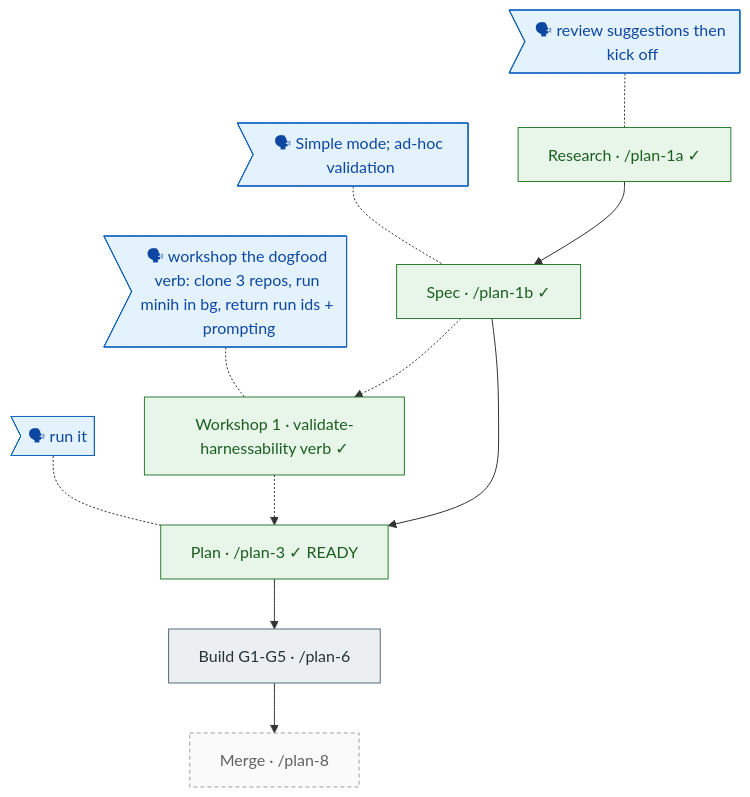
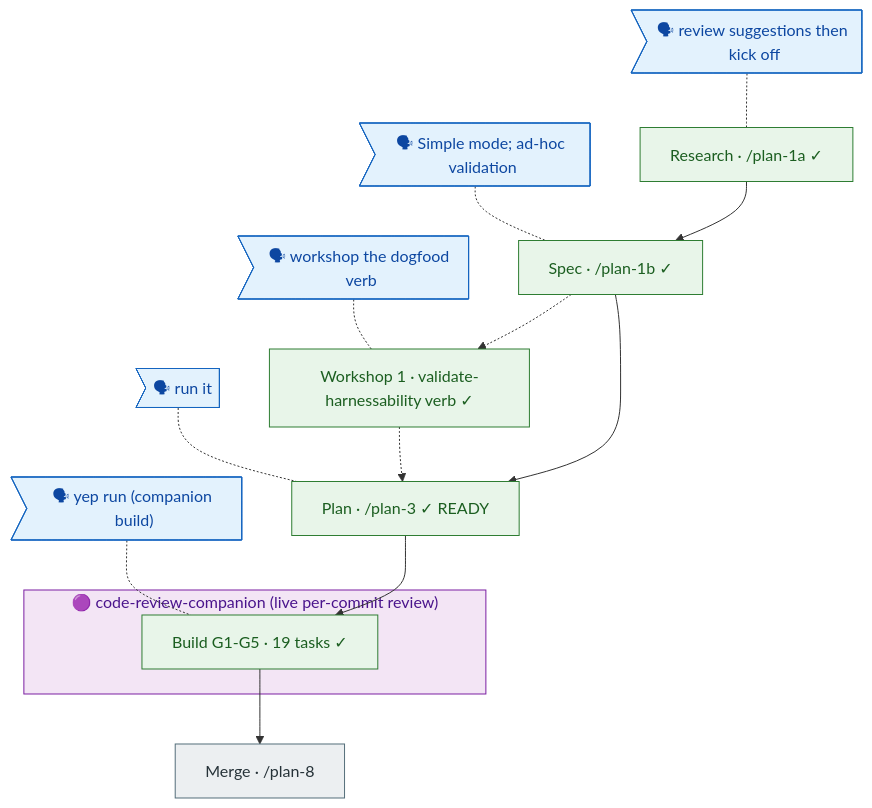
One commit to AI-Substrate/harness-engineering changed the diagram in docs/plans/009-harnessability-survey/the-flow.md. Above: the diagram before and after it, drawn with Mermaid. The commit also changed other lines of this file and 2 other files, not shown here.

Commit message:
chore(009): flow state -> awaiting-8 (build landed + companion-reviewed, merge next)

````diff
--- a/docs/plans/009-harnessability-survey/the-flow.md
+++ b/docs/plans/009-harnessability-survey/the-flow.md
@@ -4,30 +4,38 @@
 ```mermaid
 flowchart TD
   classDef done fill:#E8F5E9,stroke:#2E7D32,color:#1B5E20;
   classDef wip fill:#FFF3E0,stroke:#EF6C00,color:#E65100;
   classDef known fill:#ECEFF1,stroke:#546E7A,color:#263238;
   classDef assumed fill:#FAFAFA,stroke:#9E9E9E,color:#616161,stroke-dasharray:4 3;
   classDef said fill:#E3F2FD,stroke:#1565C0,color:#0D47A1;
+  classDef companion fill:#F3E5F5,stroke:#7B1FA2,color:#4A148C;
 
   said0>"🗣 review suggestions then kick off"]:::said
   said1>"🗣 Simple mode; ad-hoc validation"]:::said
-  said2>"🗣 workshop the dogfood verb: clone 3 repos, run minih in bg, return run ids + prompting"]:::said
+  said2>"🗣 workshop the dogfood verb"]:::said
   said3>"🗣 run it"]:::said
+  said4>"🗣 yep run (companion build)"]:::said
   research["Research · /plan-1a ✓"]:::done
   spec["Spec · /plan-1b ✓"]:::done
   ws1["Workshop 1 · validate-harnessability verb ✓"]:::done
   plan["Plan · /plan-3 ✓ READY"]:::done
-  build["Build G1-G5 · /plan-6"]:::known
-  merge["Merge · /plan-8"]:::assumed
+
+  subgraph companionwrap["🟣 code-review-companion (live per-commit review)"]
+    build["Build G1-G5 · 19 tasks ✓"]:::done
+  end
+  class companionwrap companion
+
+  merge["Merge · /plan-8"]:::known
 
   said0 -.- research
   said1 -.- spec
   said2 -.- ws1
   said3 -.- plan
+  said4 -.- build
   research --> spec
   spec --> plan
   spec -.-> ws1
   ws1 -.-> plan
   plan --> build
   build --> merge
 ```
````
